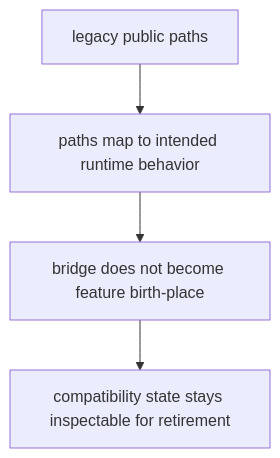
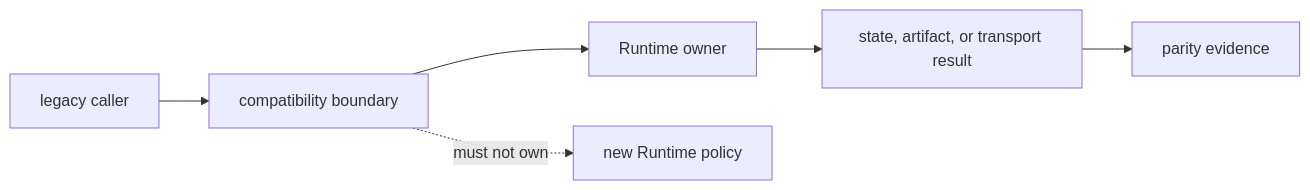
One commit to bijux/bijux-proteomics changed the diagram in docs/02-agentic-proteins/quality/invariants.md. Above: the diagram before and after it, drawn with Mermaid. The commit also changed other lines of this file and 2 other files, not shown here.

Commit message:
docs(compatibility): map parity validation evidence

````diff
--- a/docs/02-agentic-proteins/quality/invariants.md
+++ b/docs/02-agentic-proteins/quality/invariants.md
@@ -18,11 +30,8 @@
 ```mermaid
-flowchart TB
-    legacy["legacy public paths"]
-    mapping["paths map to intended runtime behavior"]
-    scope["bridge does not become feature birth-place"]
-    retirement["compatibility state stays inspectable for retirement"]
-
-    legacy --> mapping
-    mapping --> scope
-    scope --> retirement
+flowchart LR
+    L["legacy caller"] --> B["compatibility boundary"]
+    B --> R["Runtime owner"]
+    R --> O["state, artifact, or transport result"]
+    O --> P["parity evidence"]
+    B -. must not own .-> N["new Runtime policy"]
 ```
````
